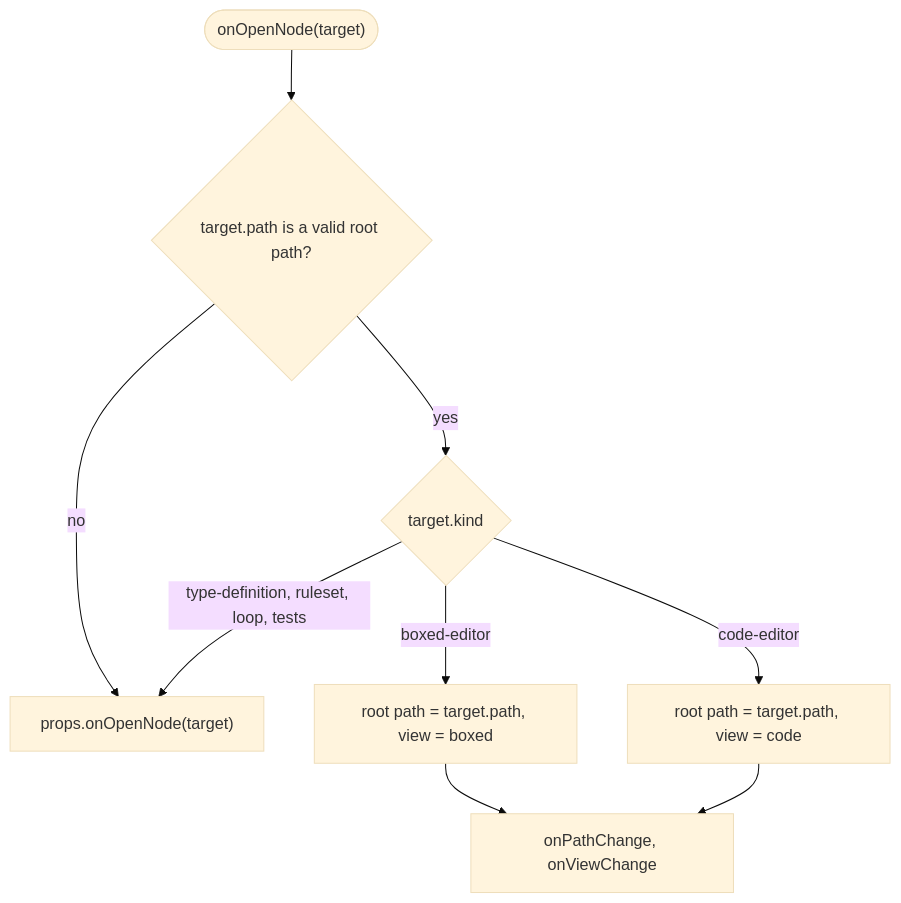
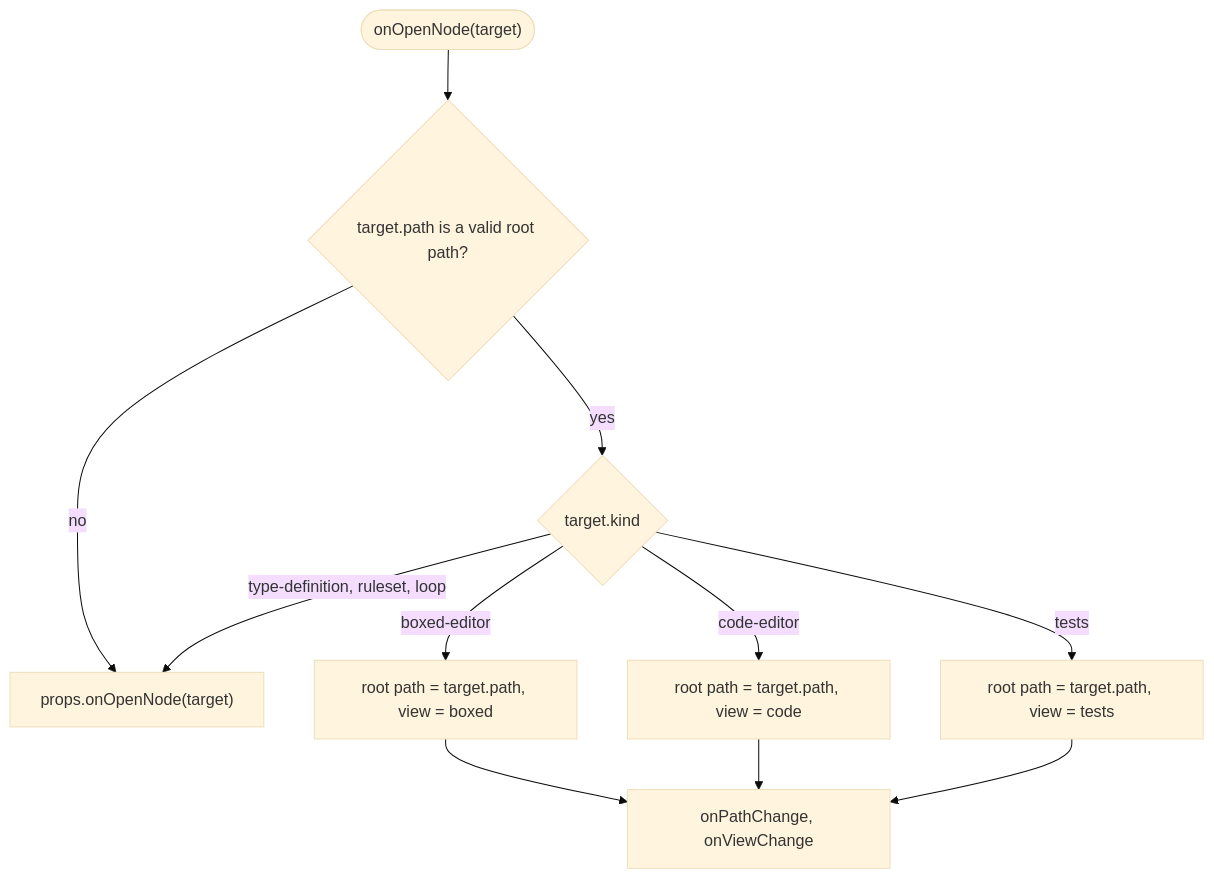
The second of 3 diagrams in docs/specs/shell-spec.md (rimvydasb/edgerules-react), drawn with Mermaid (base theme) before and after one commit. The commit also changed other lines of this file and 36 other files, not shown here.

````diff
--- a/docs/specs/shell-spec.md
+++ b/docs/specs/shell-spec.md
@@ -200,11 +233,13 @@
 ```mermaid
 flowchart TD
     Start(["onOpenNode(target)"]) --> Valid{"target.path is a valid root path?"}
     Valid -->|no| Host["props.onOpenNode(target)"]
     Valid -->|yes| Kind{target.kind}
     Kind -->|boxed-editor| Boxed["root path = target.path, view = boxed"]
     Kind -->|code-editor| Code["root path = target.path, view = code"]
-    Kind -->|type-definition, ruleset, loop, tests| Host
+    Kind -->|tests| Tests["root path = target.path, view = tests"]
+    Kind -->|type-definition, ruleset, loop| Host
     Boxed --> Notify["onPathChange, onViewChange"]
     Code --> Notify
+    Tests --> Notify
 ```
````
